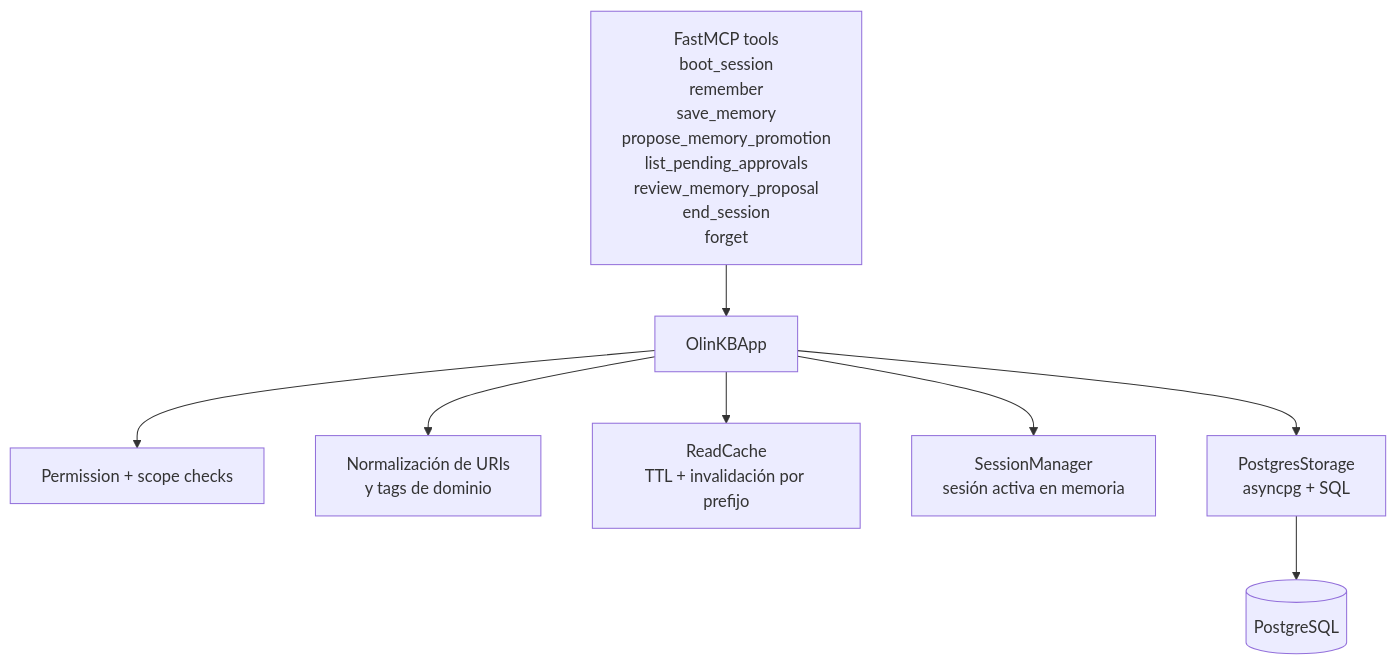
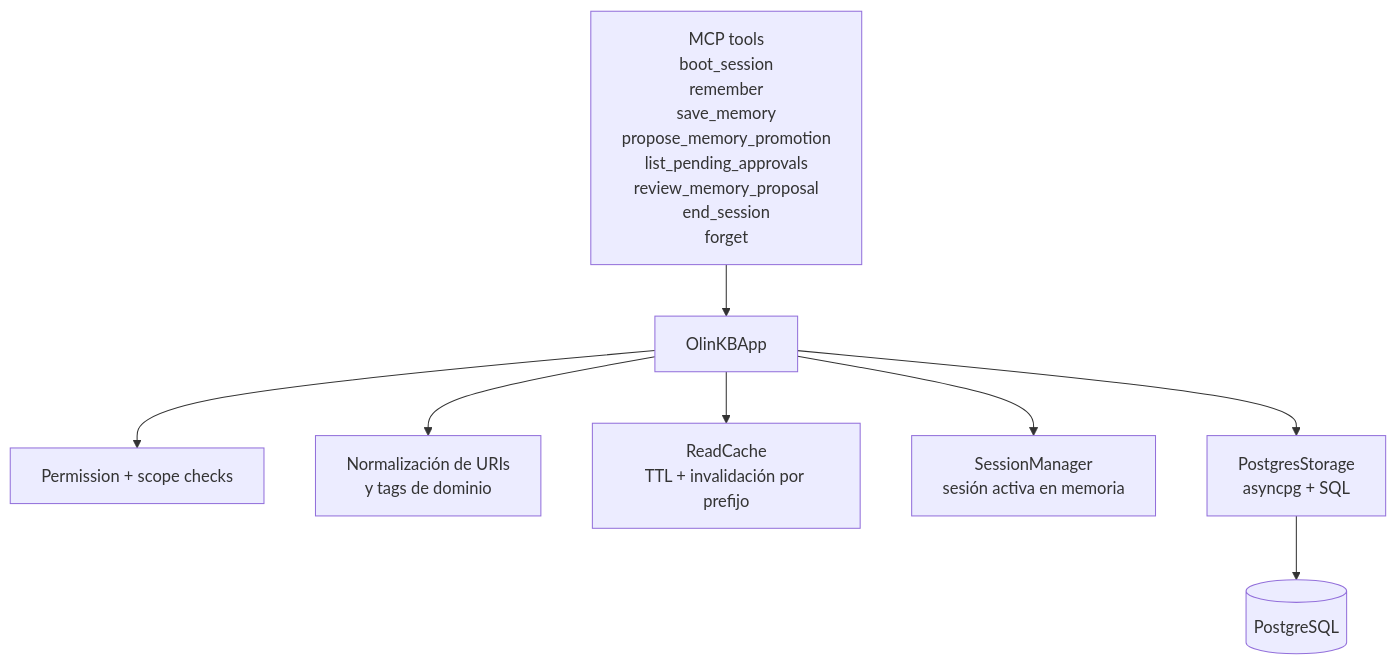
One commit to rzjulio/olinkb changed the third of 11 diagrams in docs/olinkb-funcionamiento-end-to-end.md. Above: the diagram before and after it, drawn with Mermaid. The commit also changed other lines of this file and 14 other files, not shown here.

First line of the commit message:
Refactor OlinKB server from FastMCP to Official MCP Python SDK

````diff
--- a/docs/olinkb-funcionamiento-end-to-end.md
+++ b/docs/olinkb-funcionamiento-end-to-end.md
@@ -80,19 +80,19 @@
 ```mermaid
 flowchart TB
-    tools[FastMCP tools\nboot_session\nremember\nsave_memory\npropose_memory_promotion\nlist_pending_approvals\nreview_memory_proposal\nend_session\nforget]
+    tools[MCP tools\nboot_session\nremember\nsave_memory\npropose_memory_promotion\nlist_pending_approvals\nreview_memory_proposal\nend_session\nforget]
     app[OlinKBApp]
     perms[Permission + scope checks]
     domain[Normalización de URIs\ny tags de dominio]
     cache[ReadCache\nTTL + invalidación por prefijo]
     session[SessionManager\nsesión activa en memoria]
     storage[PostgresStorage\nasyncpg + SQL]
     pg[(PostgreSQL)]
 
     tools --> app
     app --> perms
     app --> domain
     app --> cache
     app --> session
     app --> storage
     storage --> pg
 ```
````
